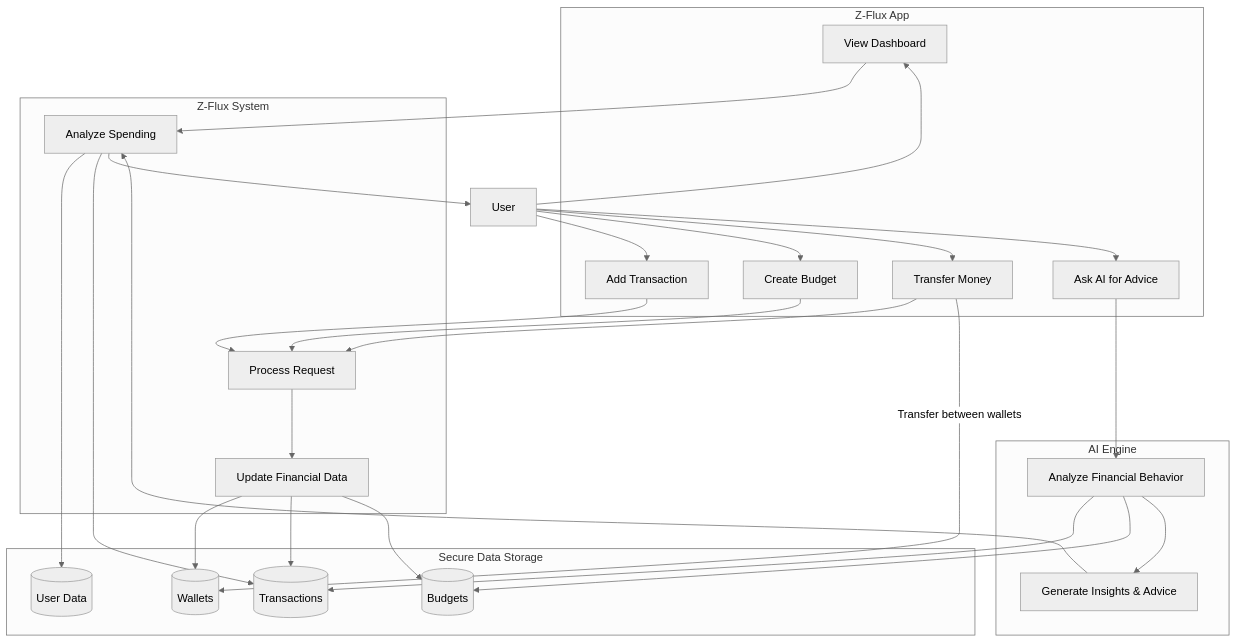
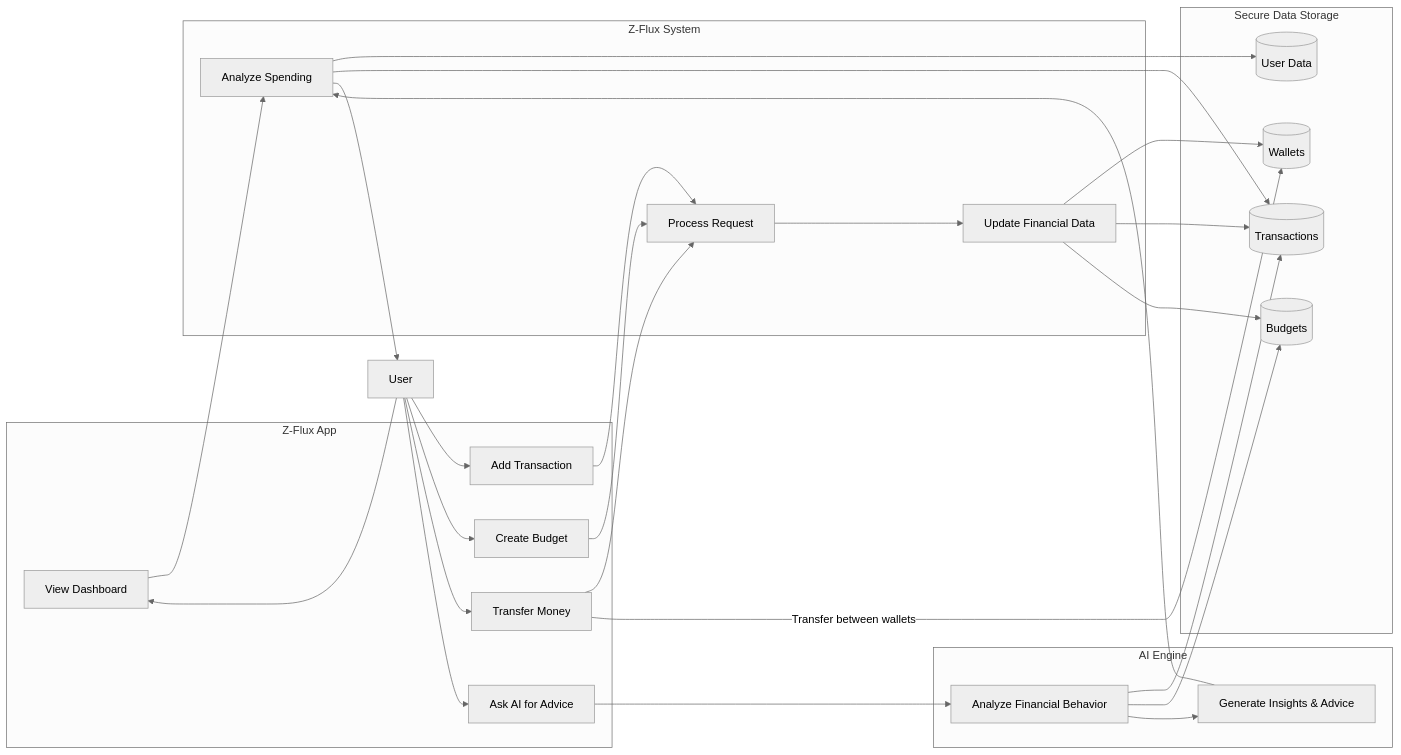
The diagram in README.md (mrjd-byte/Z-Flux), drawn with Mermaid (neutral theme) before and after one commit.

Commit message:
Workflow

````diff
--- a/README.md
+++ b/README.md
@@ -68,52 +68,71 @@
 ```mermaid
----
-config:
-  layout: fixed
----
-flowchart TB
+flowchart LR
 
+%% ================= APP =================
 subgraph App["Z-Flux App"]
     A1["Add Transaction"]
     A2["View Dashboard"]
     A3["Create Budget"]
     A4["Transfer Money"]
     A5["Ask AI for Advice"]
 end
 
+%% ================= SYSTEM =================
 subgraph System["Z-Flux System"]
     S1["Process Request"]
     S2["Update Financial Data"]
     S3["Analyze Spending"]
 end
 
+%% ================= DATA =================
 subgraph Data["Secure Data Storage"]
     D1[("User Data")]
     D2[("Wallets")]
     D3[("Transactions")]
     D4[("Budgets")]
 end
 
+%% ================= AI =================
 subgraph AI["AI Engine"]
     AI1["Analyze Financial Behavior"]
     AI2["Generate Insights & Advice"]
 end
 
-U["User"] --> A1 & A2 & A3 & A4 & A5
+%% ================= USER =================
+U["User"]
+
+U --> A1
+U --> A2
+U --> A3
+U --> A4
+U --> A5
+
+%% ================= FLOWS =================
 
 A1 --> S1
 A3 --> S1
 A4 --> S1
 
 S1 --> S2
-S2 --> D2 & D3 & D4
+
+S2 --> D2
+S2 --> D3
+S2 --> D4
 
 A2 --> S3
-S3 --> D1 & D3 & U
+
+S3 --> D1
+S3 --> D3
+S3 --> U
 
 A5 --> AI1
-AI1 --> D3 & D4 & AI2
+
+AI1 --> D3
+AI1 --> D4
+AI1 --> AI2
+
 AI2 --> S3
 
 A4 -- Transfer between wallets --> D2
 
 ```
````
